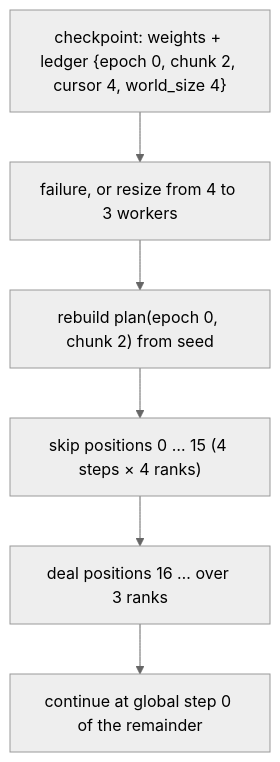
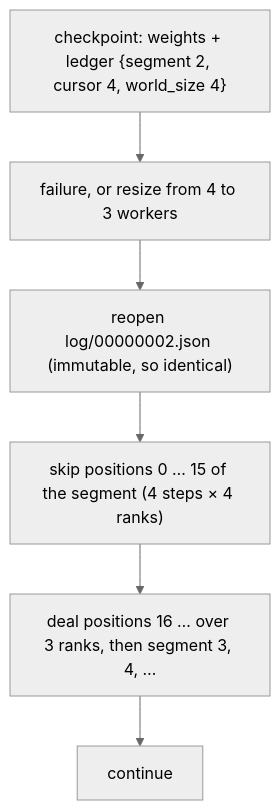
Before and after one commit to rahuldave/distrainer: the ninth of 9 diagrams in docs/introduction.md, drawn with Mermaid (neutral theme). The commit also changed other lines of this file and 3 other files, not shown here.

First line of the commit message:
Spec rev 2: block log replaces plan/namespace store

````diff
--- a/docs/introduction.md
+++ b/docs/introduction.md
@@ -209,9 +232,9 @@
 ```mermaid
 flowchart TB
-  ck["checkpoint: weights + ledger {epoch 0, chunk 2, cursor 4, world_size 4}"]
+  ck["checkpoint: weights + ledger {segment 2, cursor 4, world_size 4}"]
   ck --> f["failure, or resize from 4 to 3 workers"]
-  f --> rebuild["rebuild plan(epoch 0, chunk 2) from seed"]
-  rebuild --> skip["skip positions 0 … 15 (4 steps × 4 ranks)"]
-  skip --> deal["deal positions 16 … over 3 ranks"]
-  deal --> go["continue at global step 0 of the remainder"]
+  f --> reopen["reopen log/00000002.json (immutable, so identical)"]
+  reopen --> skip["skip positions 0 … 15 of the segment (4 steps × 4 ranks)"]
+  skip --> deal["deal positions 16 … over 3 ranks, then segment 3, 4, …"]
+  deal --> go["continue"]
 ```
````
